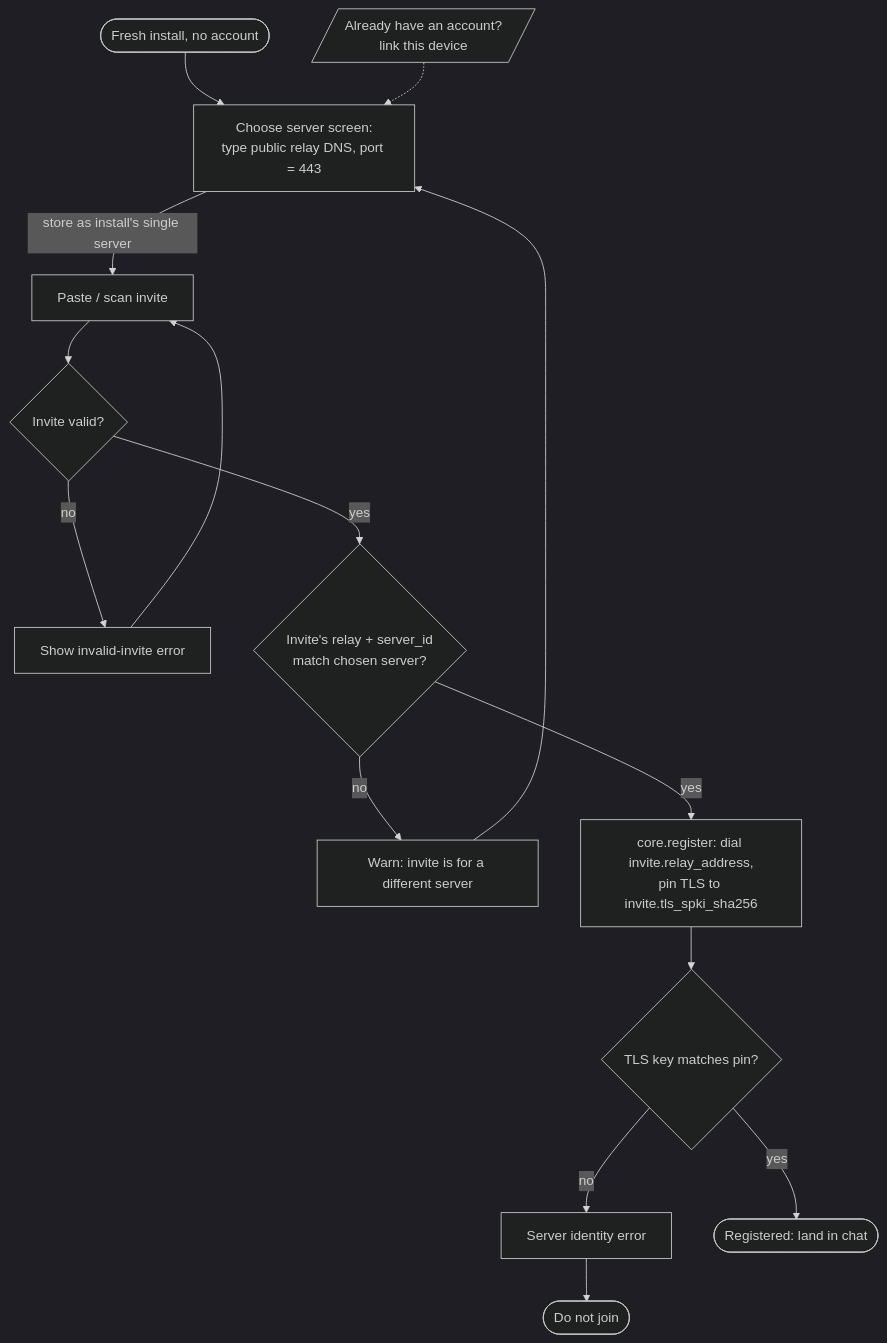
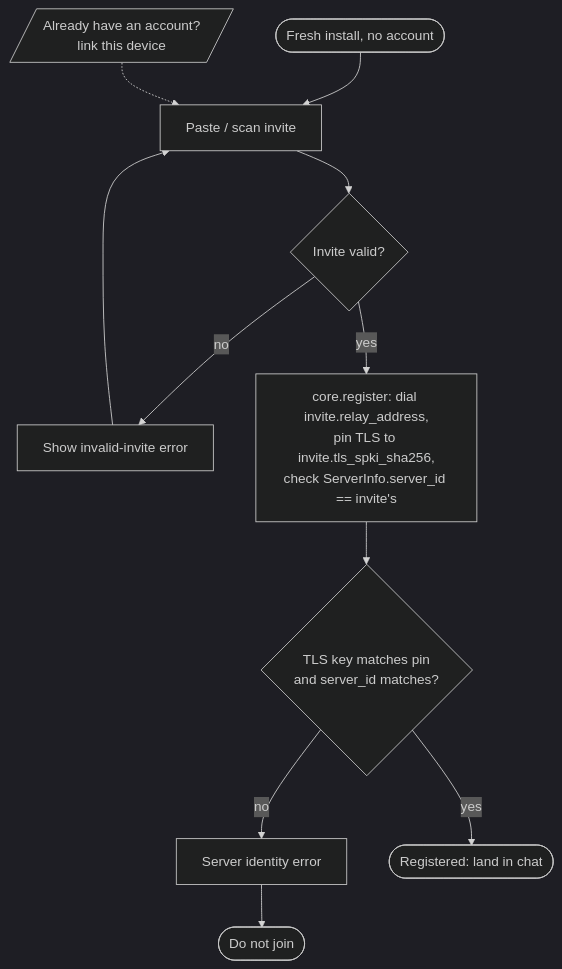
Before and after one commit to koppathachan/vyajena: the diagram in openspec/changes/self-hostable/design.md, drawn with Mermaid (dark theme). The commit also changed other lines of this file and 5 other files, not shown here.

````diff
--- a/openspec/changes/self-hostable/design.md
+++ b/openspec/changes/self-hostable/design.md
@@ -117,14 +149,11 @@
 ```mermaid
 flowchart TD
-  start([Fresh install, no account]) --> choose[Choose server screen:<br/>type public relay DNS, port = 443]
-  choose -->|store as install's single server| invite[Paste / scan invite]
+  start([Fresh install, no account]) --> invite[Paste / scan invite]
   invite --> parse{Invite valid?}
   parse -->|no| badinvite[Show invalid-invite error] --> invite
-  parse -->|yes| match{Invite's relay + server_id<br/>match chosen server?}
-  match -->|no| mismatch[Warn: invite is for a different server] --> choose
-  match -->|yes| reg[core.register: dial invite.relay_address,<br/>pin TLS to invite.tls_spki_sha256]
-  reg --> pin{TLS key matches pin?}
+  parse -->|yes| reg[core.register: dial invite.relay_address,<br/>pin TLS to invite.tls_spki_sha256,<br/>check ServerInfo.server_id == invite's]
+  reg --> pin{TLS key matches pin<br/>and server_id matches?}
   pin -->|no| iderr[Server identity error] --> stop1([Do not join])
   pin -->|yes| done([Registered: land in chat])
-  linkalt[/"Already have an account?<br/>link this device"/] -.-> choose
+  linkalt[/"Already have an account?<br/>link this device"/] -.-> invite
 ```
````
